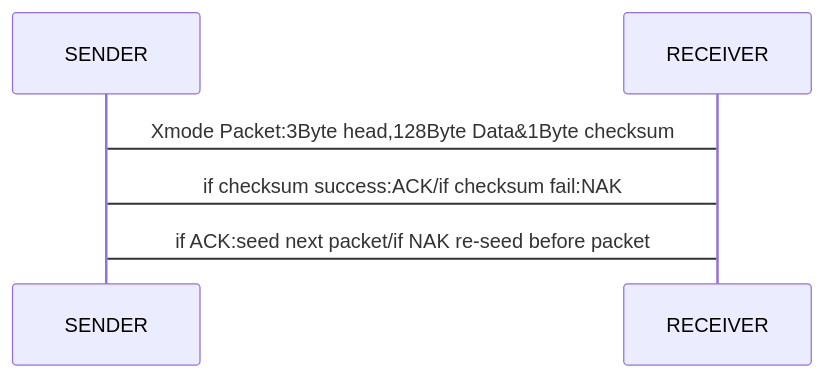
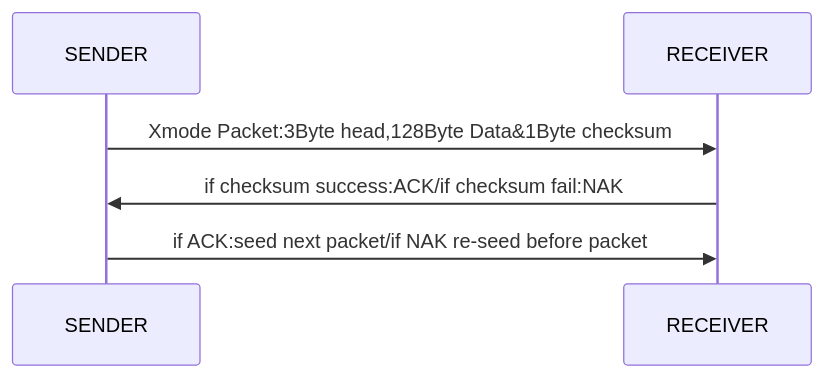
Before and after one commit to seinikov/blog: the first of 2 diagrams in 231030-1105~IAP-Ymodem协议部分.md, drawn with Mermaid. The commit also changed other lines of this file, not shown here.

````diff
--- a/231030-1105~IAP-Ymodem协议部分.md
+++ b/231030-1105~IAP-Ymodem协议部分.md
@@ -11,6 +11,6 @@
 ```mermaid
 sequenceDiagram
-SENDER->RECEIVER:Xmode Packet:3Byte head,128Byte Data&1Byte checksum
-RECEIVER->SENDER:if checksum success:ACK/if checksum fail:NAK
-SENDER->RECEIVER:if ACK:seed next packet/if NAK re-seed before packet
+SENDER->>RECEIVER:Xmode Packet:3Byte head,128Byte Data&1Byte checksum
+RECEIVER->>SENDER:if checksum success:ACK/if checksum fail:NAK
+SENDER->>RECEIVER:if ACK:seed next packet/if NAK re-seed before packet
 ```
````
